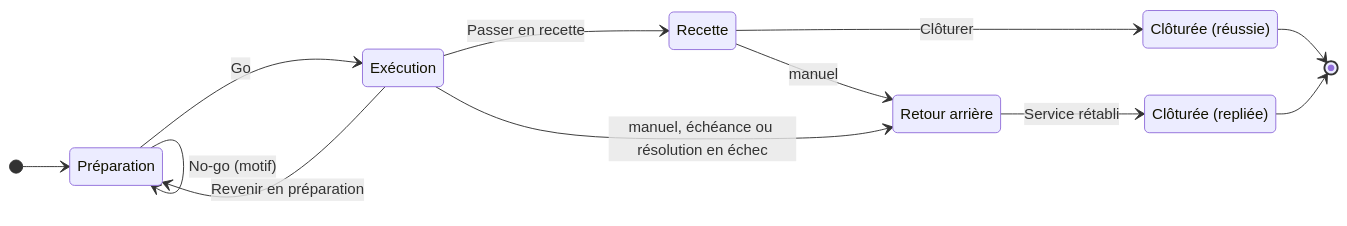
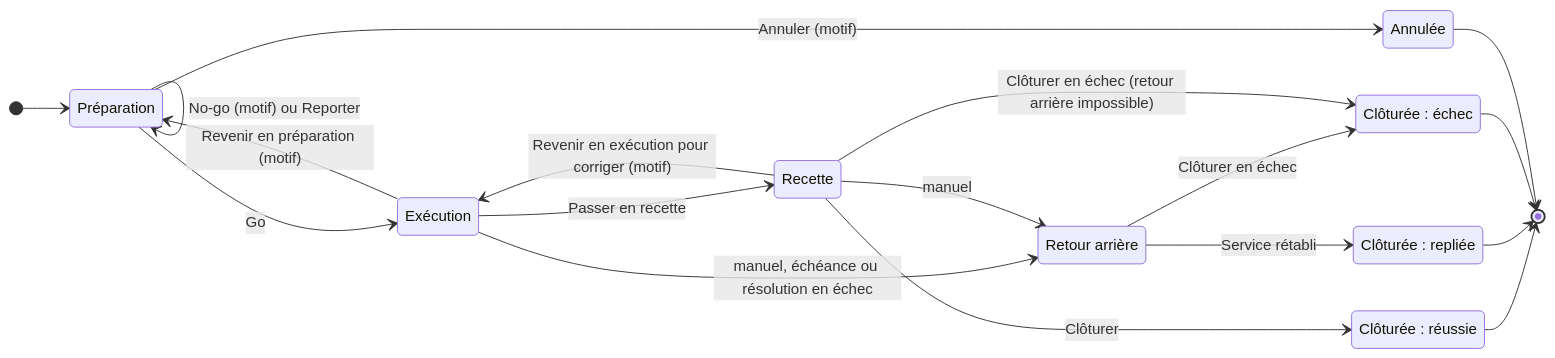
One commit to SolaDevSolide/gestion-mep changed the diagram in docs/Cycle-de-vie.md. Above: the diagram before and after it, drawn with Mermaid. The commit also changed other lines of this file and 106 other files, not shown here.

````diff
--- a/docs/Cycle-de-vie.md
+++ b/docs/Cycle-de-vie.md
@@ -5,18 +5,25 @@
 ```mermaid
 stateDiagram-v2
     direction LR
     [*] --> Préparation
     Préparation --> Exécution : Go
-    Préparation --> Préparation : No-go (motif)
-    Exécution --> Préparation : Revenir en préparation
+    Préparation --> Préparation : No-go (motif) ou Reporter
+    Préparation --> Annulée : Annuler (motif)
+    Exécution --> Préparation : Revenir en préparation (motif)
     Exécution --> Recette : Passer en recette
+    Recette --> Exécution : Revenir en exécution pour corriger (motif)
     Recette --> Réussie : Clôturer
     Exécution --> RetourArrière : manuel, échéance ou résolution en échec
     Recette --> RetourArrière : manuel
     RetourArrière --> Repliée : Service rétabli
+    RetourArrière --> Échec : Clôturer en échec
+    Recette --> Échec : Clôturer en échec (retour arrière impossible)
     state "Retour arrière" as RetourArrière
-    state "Clôturée (réussie)" as Réussie
-    state "Clôturée (repliée)" as Repliée
+    state "Clôturée : réussie" as Réussie
+    state "Clôturée : repliée" as Repliée
+    state "Clôturée : échec" as Échec
     Réussie --> [*]
     Repliée --> [*]
+    Échec --> [*]
+    Annulée --> [*]
 ```
````
